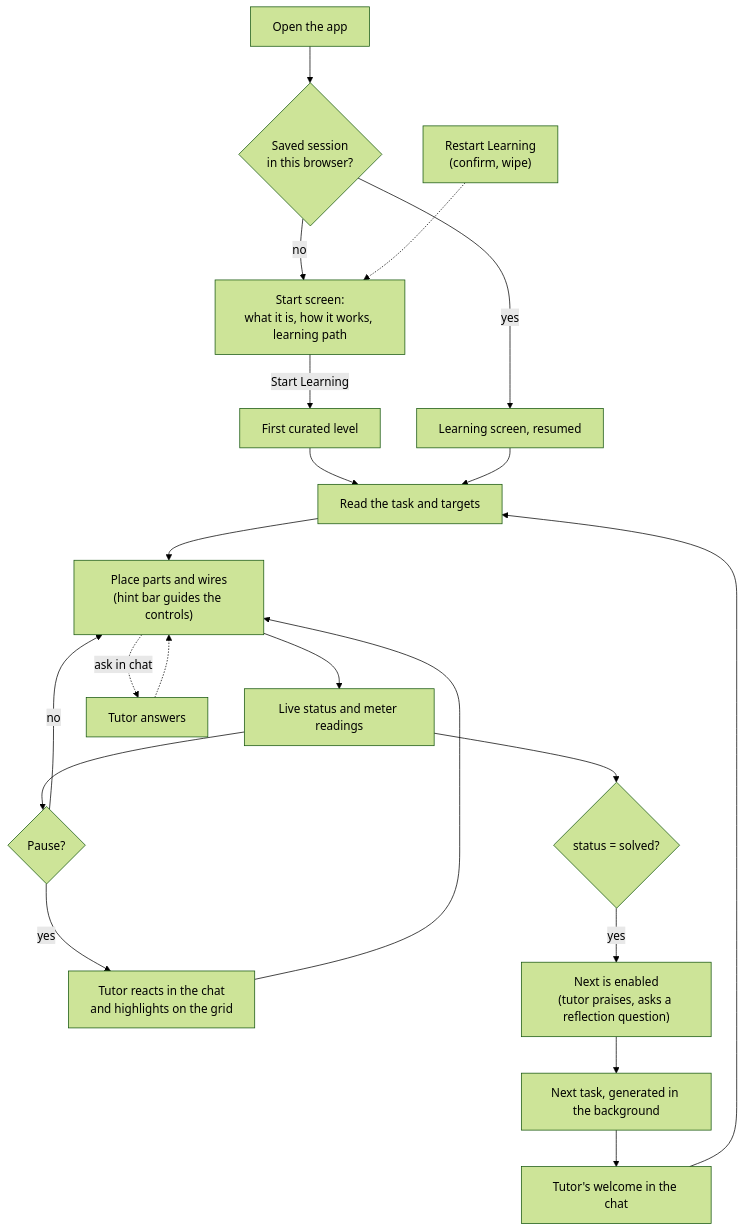
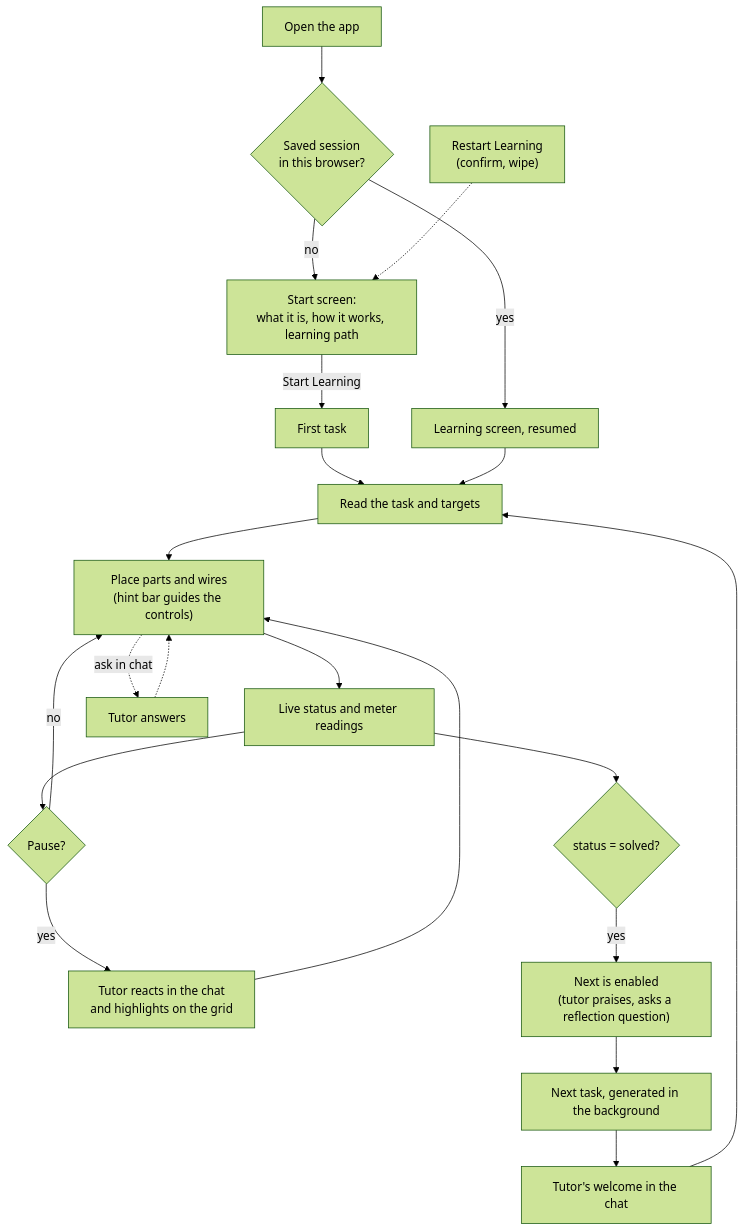
The diagram in docs/gui.md (VOxFF/schematics-ai-tutor), drawn with Mermaid (forest theme) before and after one commit. The commit also changed 18 other files, not shown here.

````diff
--- a/docs/gui.md
+++ b/docs/gui.md
@@ -227,23 +227,23 @@
 ```mermaid
 flowchart TD
     O[Open the app] --> P{"Saved session<br/>in this browser?"}
     P -- no --> SS["Start screen:<br/>what it is, how it works, learning path"]
-    SS -- "Start Learning" --> L1[First curated level]
+    SS -- "Start Learning" --> L1[First task]
     P -- yes --> R["Learning screen, resumed"]
     L1 --> B
     R --> B
     B["Read the task and targets"] --> E["Place parts and wires<br/>(hint bar guides the controls)"]
     E --> LV["Live status and meter readings"]
     LV --> PA{"Pause?"}
     PA -- yes --> TR["Tutor reacts in the chat<br/>and highlights on the grid"]
     TR --> E
     PA -- no --> E
     E -. "ask in chat" .-> TC[Tutor answers]
     TC -.-> E
     LV --> S{"status = solved?"}
     S -- yes --> N["Next is enabled<br/>(tutor praises, asks a reflection question)"]
     N --> G["Next task, generated in the background"]
     G --> WM["Tutor's welcome in the chat"]
     WM --> B
     RL["Restart Learning<br/>(confirm, wipe)"] -.-> SS
 ```
````
